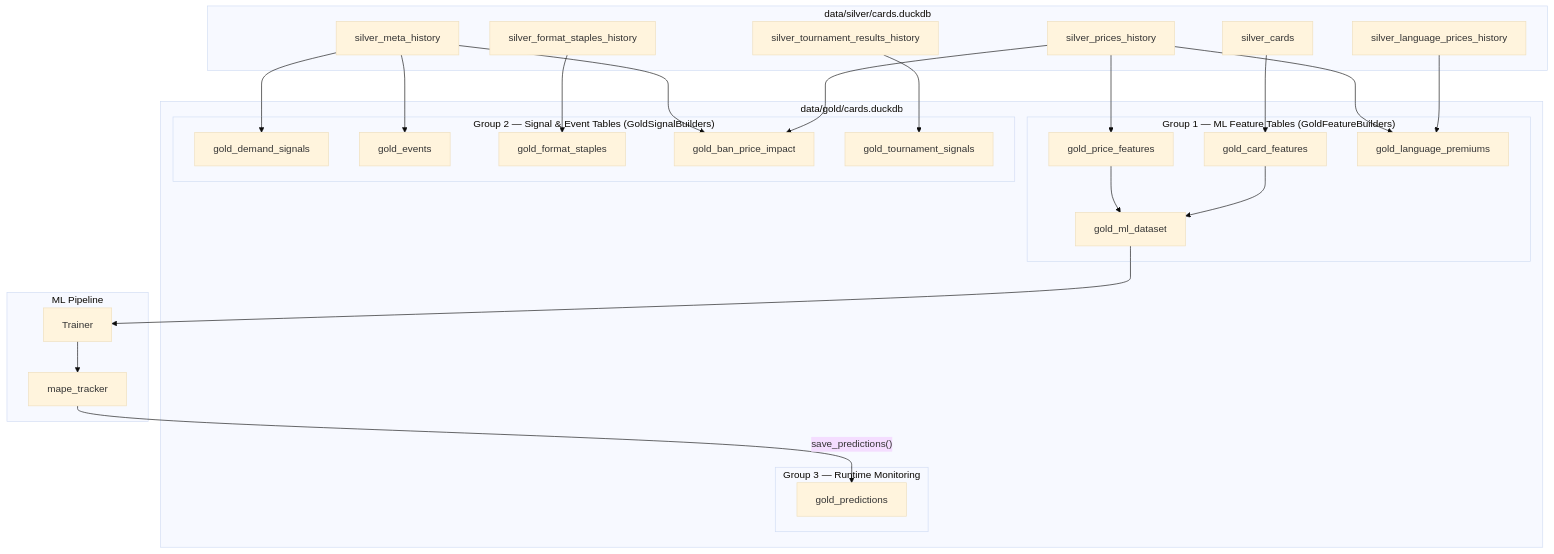
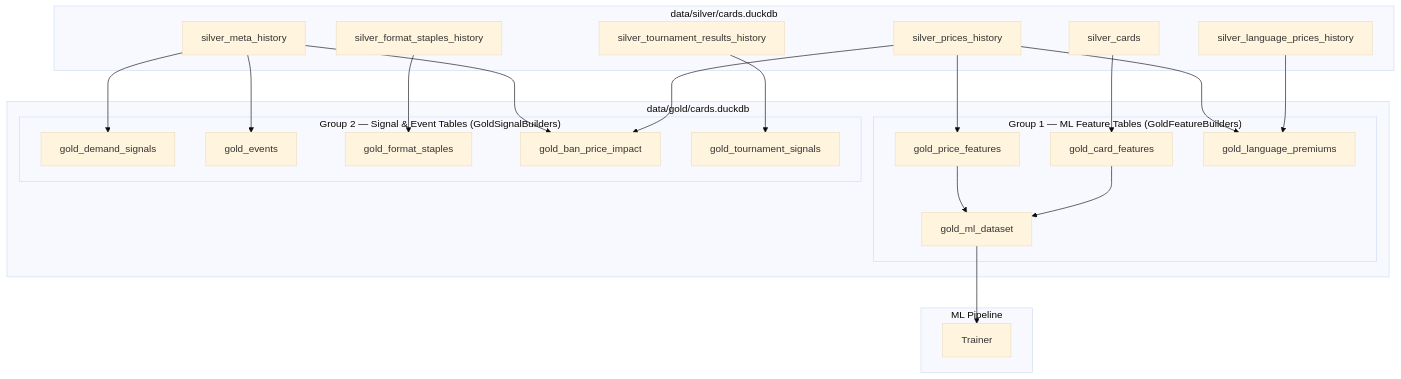
One commit to jedrzejpolaczek/aviarium.columbarius changed the diagram in docs/adr/ADR-022-gold-layer-tables.md. Above: the diagram before and after it, drawn with Mermaid (base theme). The commit also changed other lines of this file and 102 other files, not shown here.

````diff
--- a/docs/adr/ADR-022-gold-layer-tables.md
+++ b/docs/adr/ADR-022-gold-layer-tables.md
@@ -81,55 +86,48 @@
 ```mermaid
 flowchart TD
     subgraph Silver["data/silver/cards.duckdb"]
         SC["silver_cards"]
         SPH["silver_prices_history"]
         SLPH["silver_language_prices_history"]
         SMH["silver_meta_history"]
         SFSH["silver_format_staples_history"]
         STRH["silver_tournament_results_history"]
     end
 
     subgraph Gold["data/gold/cards.duckdb"]
         subgraph Features["Group 1 — ML Feature Tables (GoldFeatureBuilders)"]
             GCF["gold_card_features"]
             GPF["gold_price_features"]
             GLP["gold_language_premiums"]
             GML["gold_ml_dataset"]
         end
 
         subgraph Signals["Group 2 — Signal & Event Tables (GoldSignalBuilders)"]
             GDS["gold_demand_signals"]
             GEV["gold_events"]
             GFS["gold_format_staples"]
             GBP["gold_ban_price_impact"]
             GTS["gold_tournament_signals"]
         end
-
-        subgraph Runtime["Group 3 — Runtime Monitoring"]
-            GPR["gold_predictions"]
-        end
     end
 
     subgraph ML["ML Pipeline"]
         TR["Trainer"]
-        MAPE["mape_tracker"]
     end
 
     SC --> GCF
     SPH --> GPF
     SPH --> GLP
     SLPH --> GLP
     GPF --> GML
     GCF --> GML
 
     SMH --> GDS
     SMH --> GEV
     SMH --> GBP
     SPH --> GBP
     SFSH --> GFS
     STRH --> GTS
 
     GML --> TR
-    TR --> MAPE
-    MAPE -->|"save_predictions()"| GPR
 ```
````
